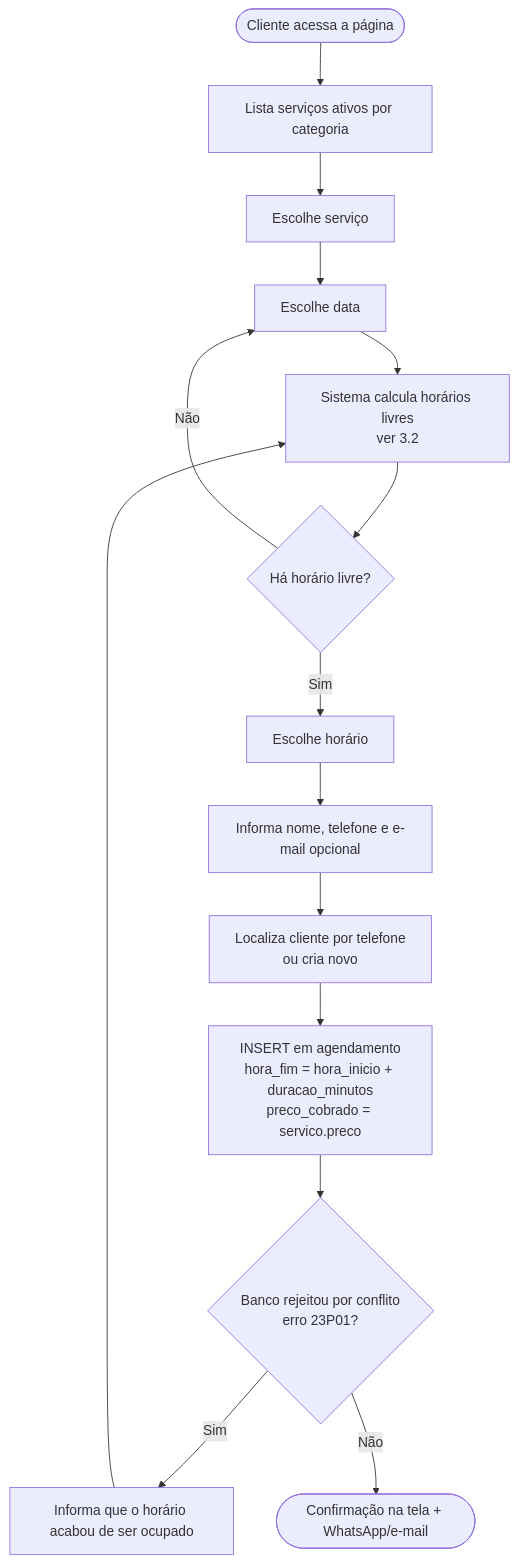
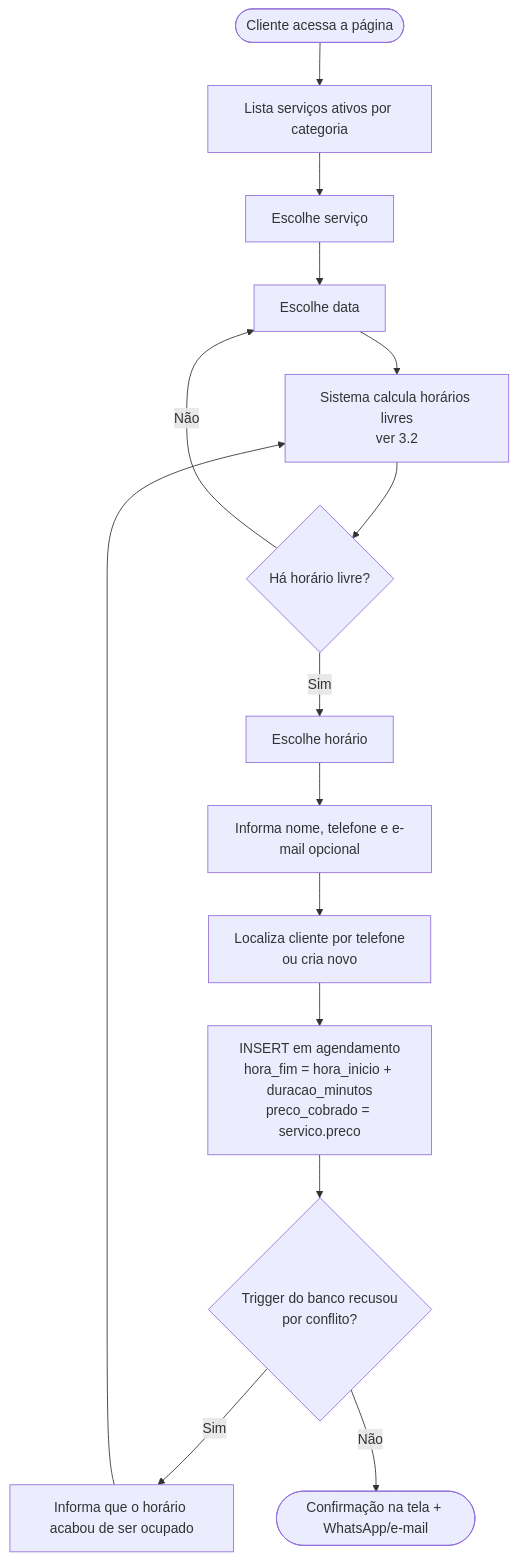
One commit to Random01-01/BD2 changed the second of 5 diagrams in docs/MODELAGEM.md. Above: the diagram before and after it, drawn with Mermaid. The commit also changed other lines of this file and 45 other files, not shown here.

````diff
--- a/docs/MODELAGEM.md
+++ b/docs/MODELAGEM.md
@@ -184,17 +178,17 @@
 ```mermaid
 flowchart TD
     A([Cliente acessa a página]) --> B[Lista serviços ativos por categoria]
     B --> C[Escolhe serviço]
     C --> D[Escolhe data]
     D --> E[Sistema calcula horários livres<br/>ver 3.2]
     E --> F{Há horário livre?}
     F -- Não --> D
     F -- Sim --> G[Escolhe horário]
     G --> H[Informa nome, telefone e e-mail opcional]
     H --> I[Localiza cliente por telefone<br/>ou cria novo]
     I --> J[INSERT em agendamento<br/>hora_fim = hora_inicio + duracao_minutos<br/>preco_cobrado = servico.preco]
-    J --> K{Banco rejeitou por conflito<br/>erro 23P01?}
+    J --> K{Trigger do banco recusou<br/>por conflito?}
     K -- Sim --> L[Informa que o horário acabou de ser ocupado]
     L --> E
     K -- Não --> M([Confirmação na tela + WhatsApp/e-mail])
 ```
````
